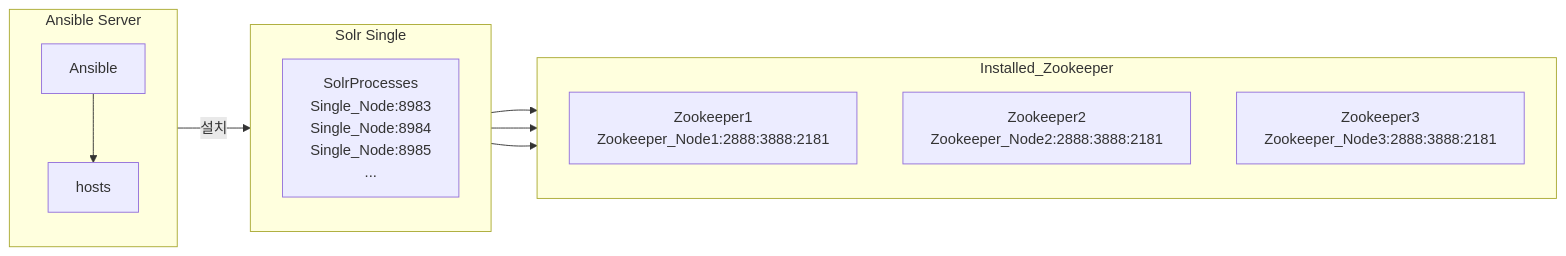
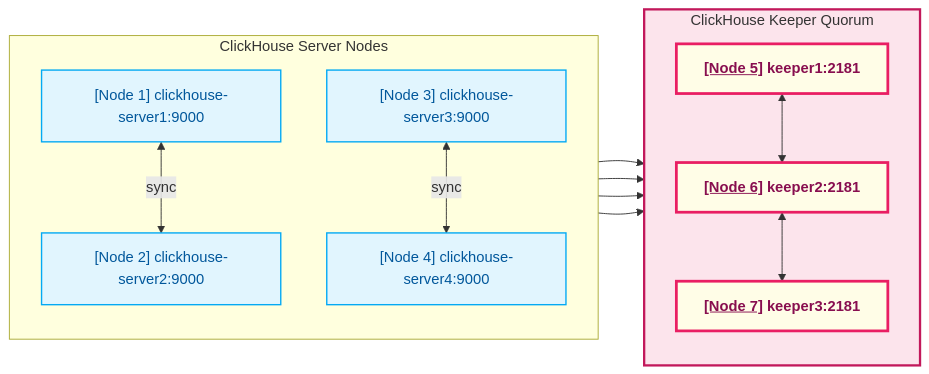
Before and after one commit to QubitSecurity/howto: the second of 2 diagrams in os/rocky9/app/clickhouse/readme.md, drawn with Mermaid. The commit also changed other lines of this file, not shown here.

````diff
--- a/os/rocky9/app/clickhouse/readme.md
+++ b/os/rocky9/app/clickhouse/readme.md
@@ -97,37 +54,48 @@
 ```mermaid
-graph LR;
+graph LR
+    %% ----------------------------------------------------
+    %% [구조 핵심] 서버 레이어와 키퍼 레이어를 가로축으로 분리하여 
+    %% 배치 엔진이 꼬이는 현상을 근본적으로 차단합니다.
+    %% ----------------------------------------------------
+    
+    %% 스타일 정의
+    classDef serverStyle fill:#E1F5FE,stroke:#03A9F4,stroke-width:1.5px,color:#01579B;
+    
+    %% 핫핑크/진보라 테두리와 노란색 배경으로 키퍼 스타일 구성
+    classDef keeperStyle fill:#FFFDE7,stroke:#E91E63,stroke-width:3px,color:#880E4F,font-weight:bold;
 
-    %% Define layout direction and spacing
-   %% style Ansible_Server fill:#f9f,stroke:#333,stroke-width:2px,height:200px;
-   %% style Zookeeper fill:#cfc,stroke:#333,stroke-width:2px;
-   %% style Plug_Zookeeper fill:#fff,stroke:#000,stroke-width:2px;
-
-    %% Ansible Server Section
-    subgraph Ansible_Server[Ansible Server]
+    %% 1. ClickHouse Servers (좌측 정렬 - 파란색 레이어)
+    subgraph ClickHouse_Cluster [ClickHouse Server Nodes]
         direction TB
-        Ansible1[Ansible]
-        hosts[hosts]
-        
-        Ansible1 --> hosts
+        S1["[Node 1] clickhouse-server1:9000"]:::serverStyle
+        S2["[Node 2] clickhouse-server2:9000"]:::serverStyle
+        S3["[Node 3] clickhouse-server3:9000"]:::serverStyle
+        S4["[Node 4] clickhouse-server4:9000"]:::serverStyle
     end
 
-    %% Zookeeper Section
-    subgraph Zookeeper[Installed_Zookeeper]
+    %% 2. Keeper Quorum (우측 정렬 - 핑크 레이어 및 밑줄 유지)
+    subgraph Keeper_Cluster [ClickHouse Keeper Quorum]
         direction TB
-        Zookeeper1[Zookeeper1<br>Zookeeper_Node1:2888:3888:2181]
-        Zookeeper2[Zookeeper2<br>Zookeeper_Node2:2888:3888:2181]
-        Zookeeper3[Zookeeper3<br>Zookeeper_Node3:2888:3888:2181]
-        
+        K1["<b><u>[Node 5]</u></b> keeper1:2181"]:::keeperStyle
+        K2["<b><u>[Node 6]</u></b> keeper2:2181"]:::keeperStyle
+        K3["<b><u>[Node 7]</u></b> keeper3:2181"]:::keeperStyle
     end
 
-    %% Solr Subgraph
-    subgraph Solr[Solr Single]
-        direction TB
-        SolrProcesses[SolrProcesses<br>Single_Node:8983<br>Single_Node:8984<br>Single_Node:8985<br>...]
-    end
-hosts -->|설치| Solr
+    %% Keeper 서브그래프 박스 자체를 연한 핑크 배경과 붉은색 실선 테두리로 강조
+    style Keeper_Cluster fill:#FCE4EC,stroke:#C2185B,stroke-width:2.5px;
 
-SolrProcesses --> Zookeeper1
-SolrProcesses --> Zookeeper2
-SolrProcesses --> Zookeeper3
+    %% 3. Keeper 간의 상호 동기화 지시선
+    K1 <--> K2 <--> K3
+
+    %% 4. 모든 Server에서 Keeper Cluster 전체로 가는 지시선
+    S1 --> Keeper_Cluster
+    S2 --> Keeper_Cluster
+    S3 --> Keeper_Cluster
+    S4 --> Keeper_Cluster
+
+    %% 서버 간 싱크 라인
+    S1 <-- sync --> S2
+    S3 <-- sync --> S4
+
+
 ```
````
